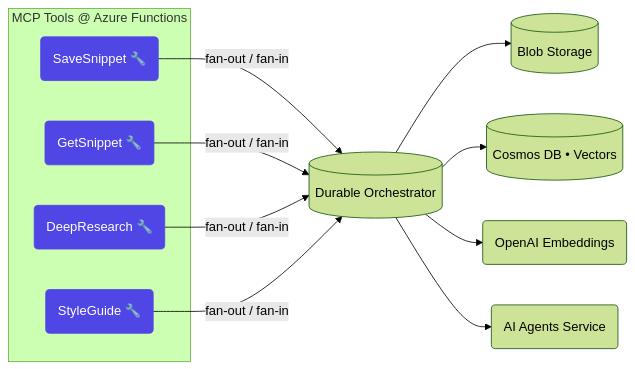
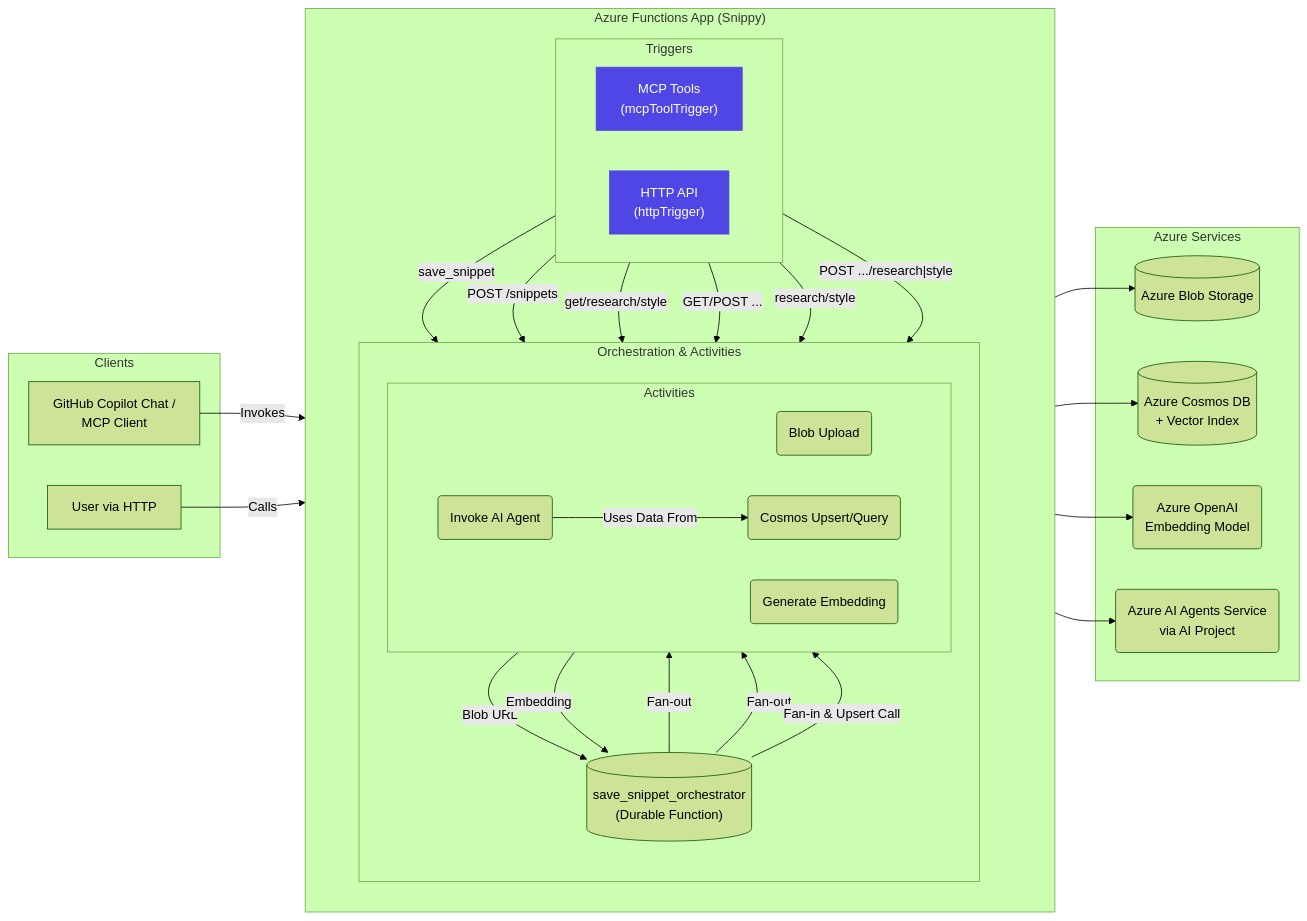
The diagram in README.md (zevanreg/snippy-ai-hackathon), drawn with Mermaid (forest theme) before and after one commit. The commit also changed other lines of this file and 2 other files, not shown here.

Commit message:
add mcp triggers

`````diff
--- a/README.md
+++ b/README.md
@@ -47,16 +46,61 @@
 ```mermaid
-flowchart LR
-  subgraph "MCP Tools @ Azure Functions"
-    Save(SaveSnippet 🔧):::tool
-    Get(GetSnippet 🔧):::tool
-    Research(DeepResearch 🔧):::tool
-    Style(StyleGuide 🔧):::tool
-  end
-  classDef tool fill:#4F46E5,color:#fff,stroke:#4F46E5
+graph LR
+  subgraph "Clients"
+    Copilot[GitHub Copilot Chat /<br>MCP Client]
+    User[User via HTTP]
+  end
 
-  Save & Get & Research & Style -->|fan-out / fan-in| Orch[(Durable Orchestrator)]
-  Orch --> B[(Blob Storage)]
-  Orch --> C[(Cosmos DB • Vectors)]
-  Orch --> OA(OpenAI Embeddings)
-  Orch --> Agents(AI Agents Service)
-```
+  subgraph "Azure Functions App (Snippy)"
+    direction TB
+    subgraph "Triggers"
+      direction LR
+      MCPTools["MCP Tools<br>(mcpToolTrigger)"]:::tool
+      HttpApi["HTTP API<br>(httpTrigger)"]:::tool
+    end
+
+    subgraph "Orchestration & Activities"
+      direction TB
+      Orch[("save_snippet_orchestrator<br>(Durable Function)")]
+      subgraph "Activities"
+        direction LR
+        BlobAct("Blob Upload")
+        EmbedAct("Generate Embedding")
+        CosmosAct("Cosmos Upsert/Query")
+        AgentAct("Invoke AI Agent")
+      end
+    end
+
+    MCPTools -- "save_snippet" --> Orch
+    HttpApi -- "POST /snippets" --> Orch
+
+    Orch -- Fan-out --> BlobAct
+    Orch -- Fan-out --> EmbedAct
+    BlobAct -- Blob URL --> Orch
+    EmbedAct -- Embedding --> Orch
+    Orch -- Fan-in & Upsert Call --> CosmosAct
+
+    MCPTools -- "get/research/style" --> CosmosAct
+    HttpApi -- "GET/POST ..." --> CosmosAct
+    MCPTools -- "research/style" --> AgentAct
+    HttpApi -- "POST .../research|style" --> AgentAct
+    AgentAct -- Uses Data From --> CosmosAct
+
+  end
+
+  subgraph "Azure Services"
+    Blob[(Azure Blob Storage)]
+    Cosmos[(Azure Cosmos DB<br>+ Vector Index)]
+    AOAI(Azure OpenAI<br>Embedding Model)
+    AIAgents(Azure AI Agents Service<br>via AI Project)
+  end
+
+  classDef tool fill:#4F46E5,color:#fff,stroke:#4F46E5
+
+  Copilot -- Invokes --> MCPTools
+  User -- Calls --> HttpApi
+
+  BlobAct --> Blob
+  EmbedAct --> AOAI
+  CosmosAct --> Cosmos
+  AgentAct --> AIAgents
+````
`````
